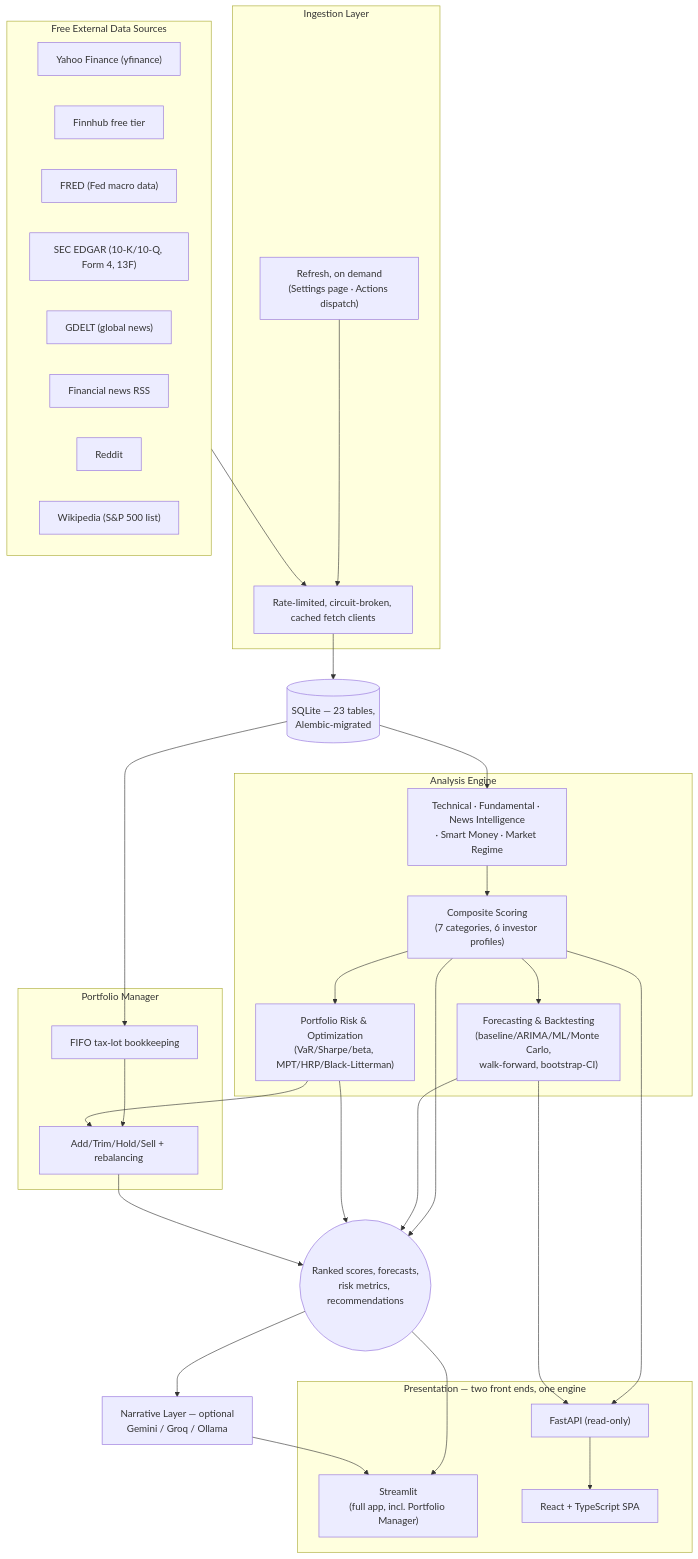
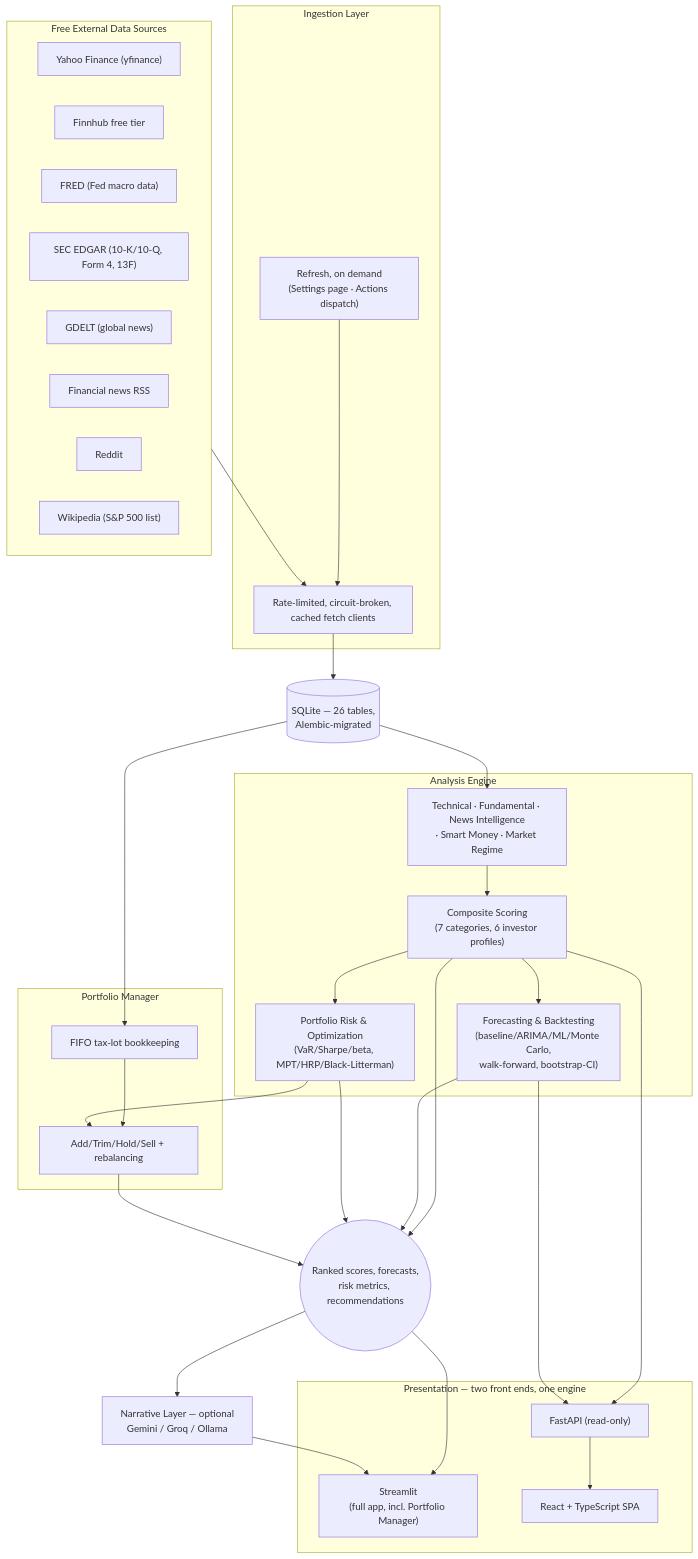
Before and after one commit to MarlenMM/quantpulse: the diagram in README.md, drawn with Mermaid. The commit also changed other lines of this file and 5 other files, not shown here.

````diff
--- a/README.md
+++ b/README.md
@@ -57,56 +57,56 @@
 ```mermaid
 flowchart TB
     subgraph SRC["Free External Data Sources"]
         YF["Yahoo Finance (yfinance)"]
         FH["Finnhub free tier"]
         FRED["FRED (Fed macro data)"]
         EDGAR["SEC EDGAR (10-K/10-Q, Form 4, 13F)"]
         GDELT["GDELT (global news)"]
         RSS["Financial news RSS"]
         REDDIT["Reddit"]
         WIKI["Wikipedia (S&P 500 list)"]
     end
 
     subgraph ING["Ingestion Layer"]
         SCHED["Refresh, on demand<br/>(Settings page · Actions dispatch)"]
         FETCH["Rate-limited, circuit-broken, cached fetch clients"]
     end
 
-    DB[("SQLite — 23 tables,<br/>Alembic-migrated")]
+    DB[("SQLite — 26 tables,<br/>Alembic-migrated")]
 
     subgraph ENGINE["Analysis Engine"]
         SIGNALS["Technical · Fundamental · News Intelligence<br/>· Smart Money · Market Regime"]
         SCORE["Composite Scoring<br/>(7 categories, 6 investor profiles)"]
         FCST["Forecasting & Backtesting<br/>(baseline/ARIMA/ML/Monte Carlo,<br/>walk-forward, bootstrap-CI)"]
         RISK["Portfolio Risk & Optimization<br/>(VaR/Sharpe/beta, MPT/HRP/Black-Litterman)"]
     end
 
     subgraph PORT["Portfolio Manager"]
         TX["FIFO tax-lot bookkeeping"]
         REC["Add/Trim/Hold/Sell + rebalancing"]
     end
 
     OUT(("Ranked scores, forecasts,<br/>risk metrics, recommendations"))
 
     NARR["Narrative Layer — optional<br/>Gemini / Groq / Ollama"]
 
     subgraph APP["Presentation — two front ends, one engine"]
         ST["Streamlit<br/>(full app, incl. Portfolio Manager)"]
         API["FastAPI (read-only)"]
         REACT["React + TypeScript SPA"]
     end
 
     SRC --> FETCH
     SCHED --> FETCH
     FETCH --> DB
     DB --> SIGNALS --> SCORE
     SCORE --> FCST
     SCORE --> RISK
     DB --> TX --> REC
     RISK --> REC
     SCORE & FCST & RISK & REC --> OUT
     OUT --> NARR
     OUT --> ST
     NARR --> ST
     SCORE & FCST --> API --> REACT
 ```
````
